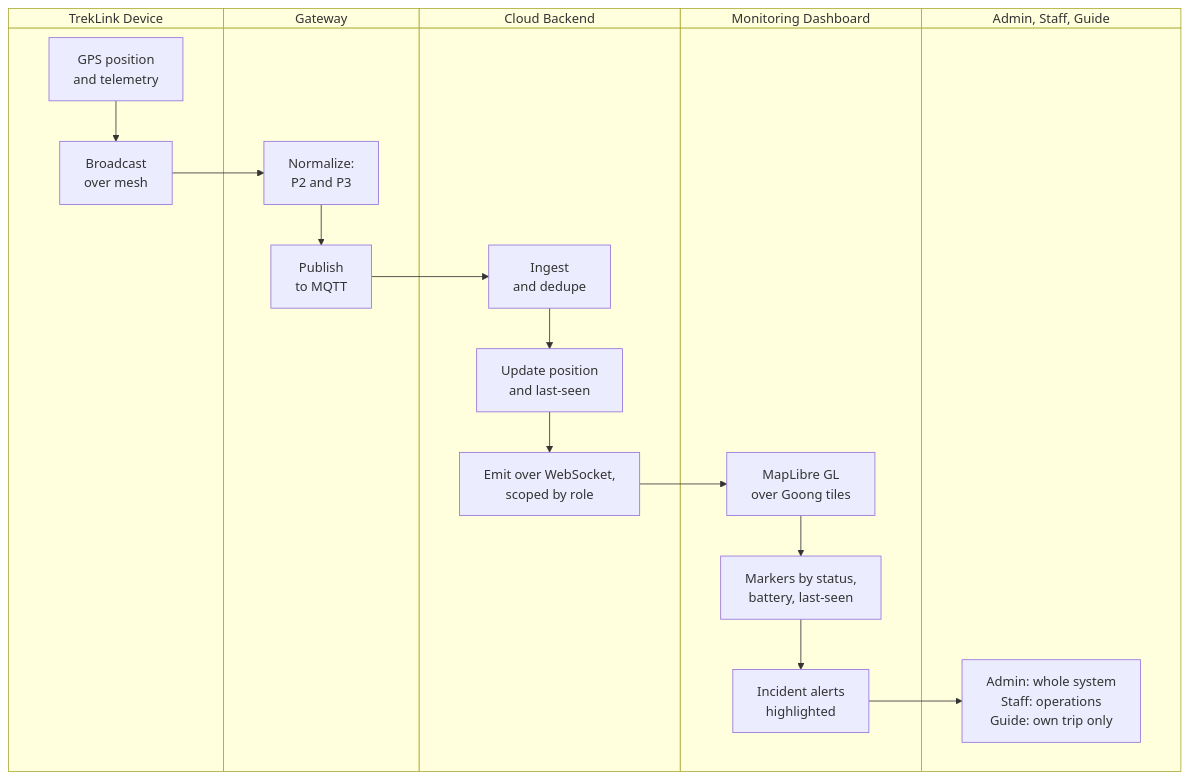
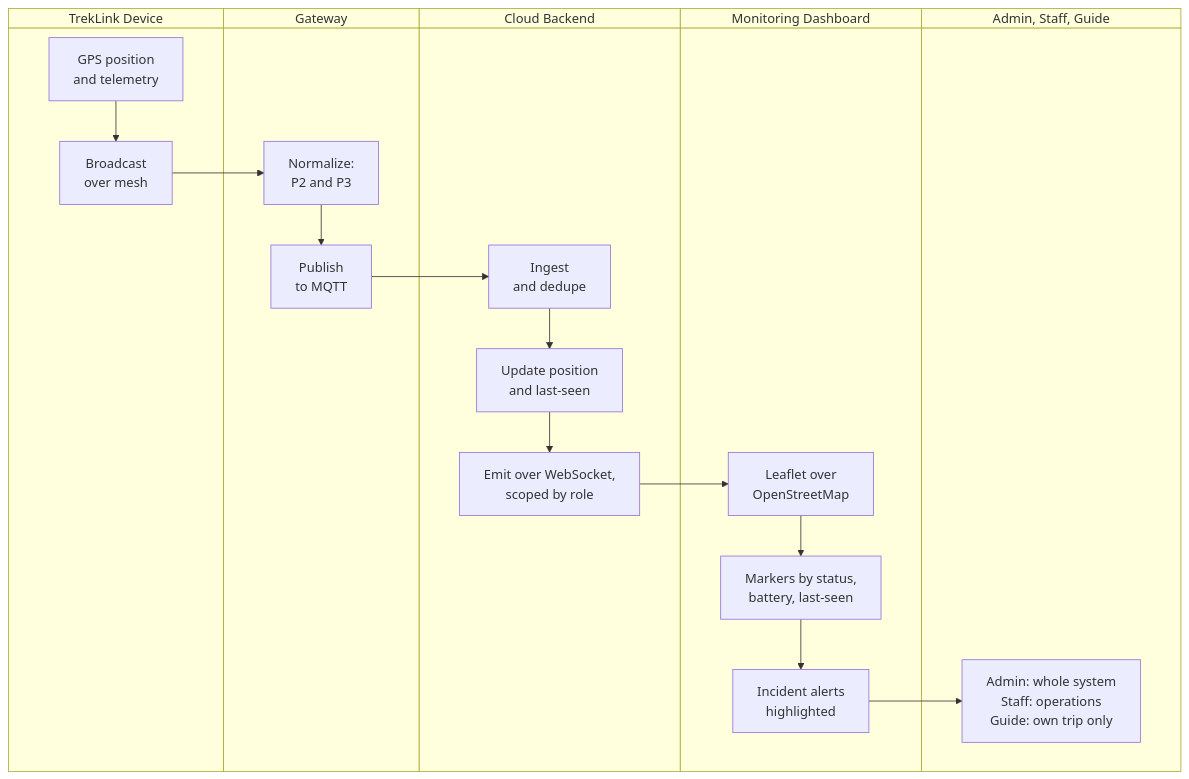
Before and after one commit to TrekLink-Team/treklink-docs: the fourth of 5 diagrams in _docs/00-project-context/05-main-flows.md, drawn with Mermaid. The commit also changed other lines of this file and 13 other files, not shown here.

First line of the commit message:
docs: record D-031, the map reverts to Leaflet over OpenStreetMap

````diff
--- a/_docs/00-project-context/05-main-flows.md
+++ b/_docs/00-project-context/05-main-flows.md
@@ -280,25 +280,25 @@
 ```mermaid
 swimlane-beta TB
     subgraph device["TrekLink Device"]
         d1[GPS position<br/>and telemetry]
         d2[Broadcast<br/>over mesh]
     end
     subgraph gateway["Gateway"]
         w1[Normalize:<br/>P2 and P3]
         w2[Publish<br/>to MQTT]
     end
     subgraph cloud["Cloud Backend"]
         b1[Ingest<br/>and dedupe]
         b2[Update position<br/>and last-seen]
         b3[Emit over WebSocket,<br/>scoped by role]
     end
     subgraph ui["Monitoring Dashboard"]
-        u1[MapLibre GL<br/>over Goong tiles]
+        u1[Leaflet over<br/>OpenStreetMap]
         u2[Markers by status,<br/>battery, last-seen]
         u3[Incident alerts<br/>highlighted]
     end
     subgraph viewers["Admin, Staff, Guide"]
         r1[Admin: whole system<br/>Staff: operations<br/>Guide: own trip only]
     end
     d1 --> d2 --> w1 --> w2 --> b1 --> b2 --> b3 --> u1 --> u2 --> u3 --> r1
 ```
````
